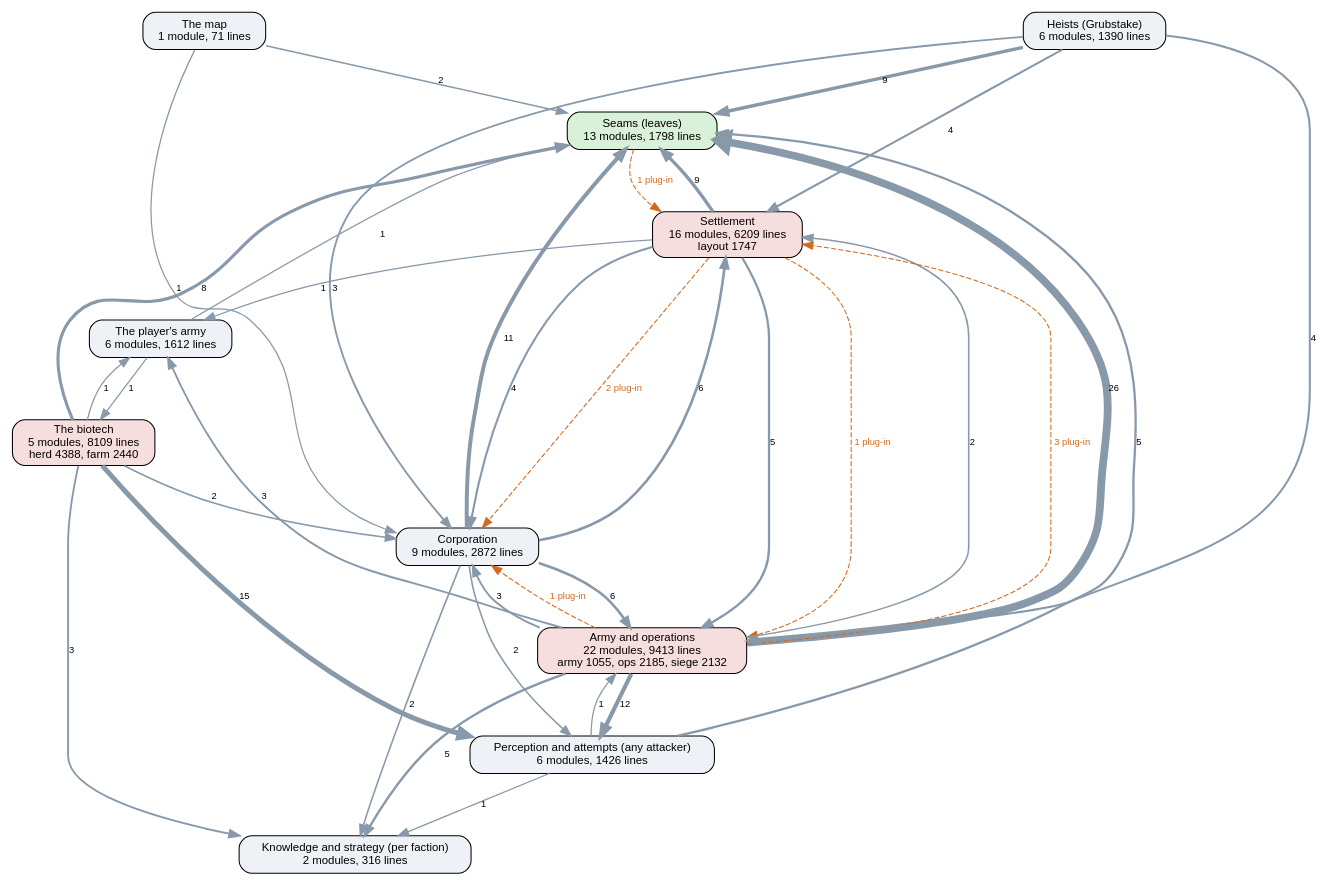
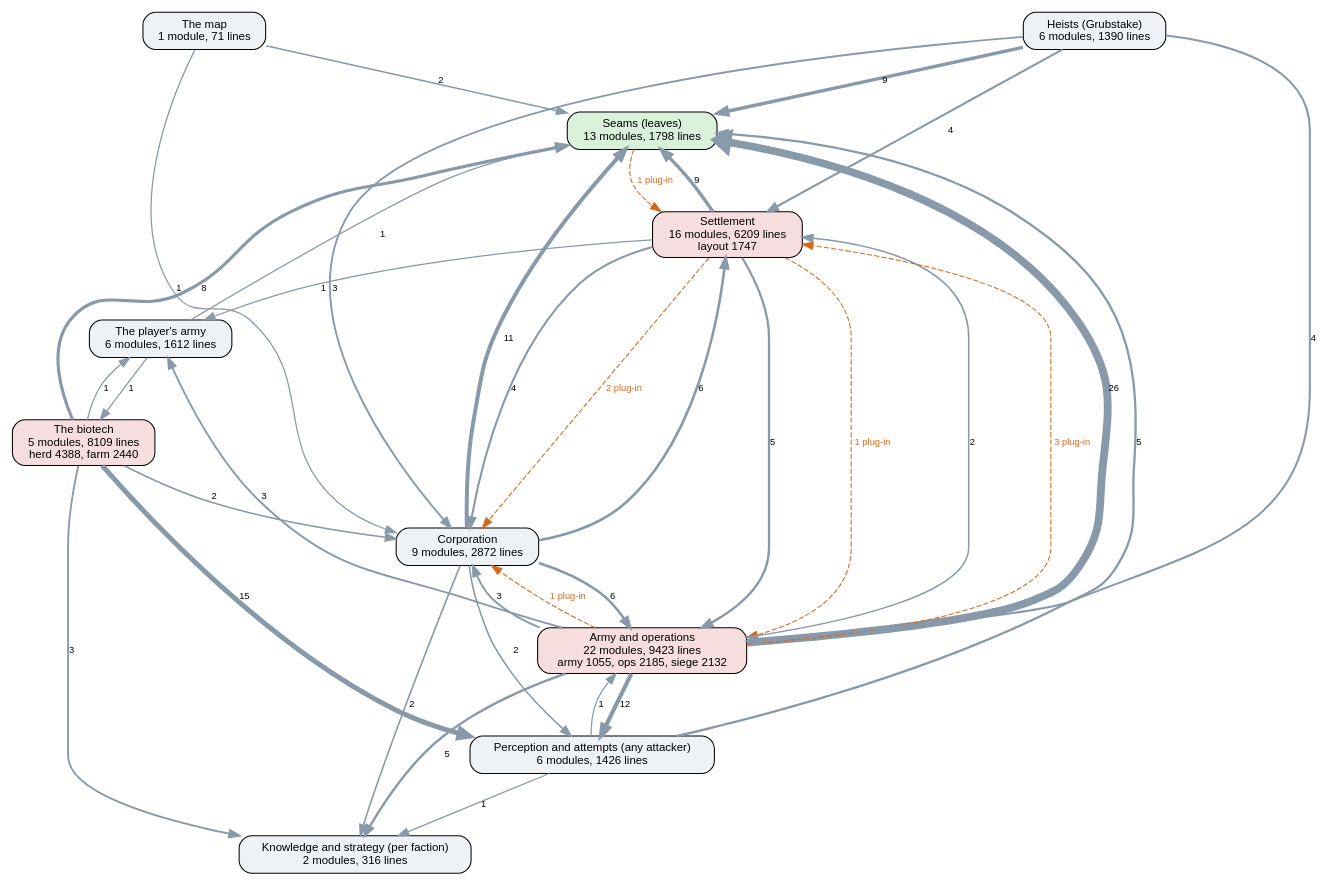
Before and after one commit to kinelhu/landing-party: the diagram in docs/ai-layers.dot, drawn with Graphviz. The commit also changed 16 other files, not shown here.

```diff
--- a/docs/ai-layers.dot
+++ b/docs/ai-layers.dot
@@ -1,51 +1,51 @@
 digraph layers {
   graph [rankdir=TB, fontname="Helvetica", nodesep=0.5, ranksep=0.7];
   node [shape=box, style="rounded,filled", fontname="Helvetica", fontsize=11, fillcolor="#eef2f7"];
   edge [color="#8899aa", fontname="Helvetica", fontsize=9];
   "Seams (leaves)" [label="Seams (leaves)\n13 modules, 1798 lines", fillcolor="#d9f0d9"];
   "Perception and attempts (any attacker)" [label="Perception and attempts (any attacker)\n6 modules, 1426 lines", fillcolor="#eef2f7"];
   "Knowledge and strategy (per faction)" [label="Knowledge and strategy (per faction)\n2 modules, 316 lines", fillcolor="#eef2f7"];
   "Corporation" [label="Corporation\n9 modules, 2872 lines", fillcolor="#eef2f7"];
   "Settlement" [label="Settlement\n16 modules, 6209 lines\nlayout 1747", fillcolor="#f7dede"];
-  "Army and operations" [label="Army and operations\n22 modules, 9413 lines\narmy 1055, ops 2185, siege 2132", fillcolor="#f7dede"];
+  "Army and operations" [label="Army and operations\n22 modules, 9423 lines\narmy 1055, ops 2185, siege 2132", fillcolor="#f7dede"];
   "Heists (Grubstake)" [label="Heists (Grubstake)\n6 modules, 1390 lines", fillcolor="#eef2f7"];
   "The biotech" [label="The biotech\n5 modules, 8109 lines\nherd 4388, farm 2440", fillcolor="#f7dede"];
   "The map" [label="The map\n1 module, 71 lines", fillcolor="#eef2f7"];
   "The player's army" [label="The player's army\n6 modules, 1612 lines", fillcolor="#eef2f7"];
   "Army and operations" -> "Corporation" [label="3", penwidth=1.8];
   "Army and operations" -> "Knowledge and strategy (per faction)" [label="5", penwidth=2.2];
   "Army and operations" -> "Perception and attempts (any attacker)" [label="12", penwidth=4.0];
   "Army and operations" -> "Seams (leaves)" [label="26", penwidth=7.5];
   "Army and operations" -> "Settlement" [label="2", penwidth=1.5];
   "Army and operations" -> "The player's army" [label="3", penwidth=1.8];
   "Corporation" -> "Army and operations" [label="6", penwidth=2.5];
   "Corporation" -> "Knowledge and strategy (per faction)" [label="2", penwidth=1.5];
   "Corporation" -> "Perception and attempts (any attacker)" [label="2", penwidth=1.5];
   "Corporation" -> "Seams (leaves)" [label="11", penwidth=3.8];
   "Corporation" -> "Settlement" [label="6", penwidth=2.5];
   "Heists (Grubstake)" -> "Army and operations" [label="4", penwidth=2.0];
   "Heists (Grubstake)" -> "Corporation" [label="3", penwidth=1.8];
   "Heists (Grubstake)" -> "Seams (leaves)" [label="9", penwidth=3.2];
   "Heists (Grubstake)" -> "Settlement" [label="4", penwidth=2.0];
   "Perception and attempts (any attacker)" -> "Army and operations" [label="1", penwidth=1.2];
   "Perception and attempts (any attacker)" -> "Knowledge and strategy (per faction)" [label="1", penwidth=1.2];
   "Perception and attempts (any attacker)" -> "Seams (leaves)" [label="5", penwidth=2.2];
   "Settlement" -> "Army and operations" [label="5", penwidth=2.2];
   "Settlement" -> "Corporation" [label="4", penwidth=2.0];
   "Settlement" -> "Seams (leaves)" [label="9", penwidth=3.2];
   "Settlement" -> "The player's army" [label="1", penwidth=1.2];
   "The biotech" -> "Corporation" [label="2", penwidth=1.5];
   "The biotech" -> "Knowledge and strategy (per faction)" [label="3", penwidth=1.8];
   "The biotech" -> "Perception and attempts (any attacker)" [label="15", penwidth=4.8];
   "The biotech" -> "Seams (leaves)" [label="8", penwidth=3.0];
   "The biotech" -> "The player's army" [label="1", penwidth=1.2];
   "The map" -> "Corporation" [label="1", penwidth=1.2];
   "The map" -> "Seams (leaves)" [label="2", penwidth=1.5];
   "The player's army" -> "Seams (leaves)" [label="1", penwidth=1.2];
   "The player's army" -> "The biotech" [label="1", penwidth=1.2];
   "Army and operations" -> "Corporation" [style=dashed, color="#d2691e", fontcolor="#d2691e", label="1 plug-in"];
   "Army and operations" -> "Settlement" [style=dashed, color="#d2691e", fontcolor="#d2691e", label="3 plug-in"];
   "Seams (leaves)" -> "Settlement" [style=dashed, color="#d2691e", fontcolor="#d2691e", label="1 plug-in"];
   "Settlement" -> "Army and operations" [style=dashed, color="#d2691e", fontcolor="#d2691e", label="1 plug-in"];
   "Settlement" -> "Corporation" [style=dashed, color="#d2691e", fontcolor="#d2691e", label="2 plug-in"];
 }
```
